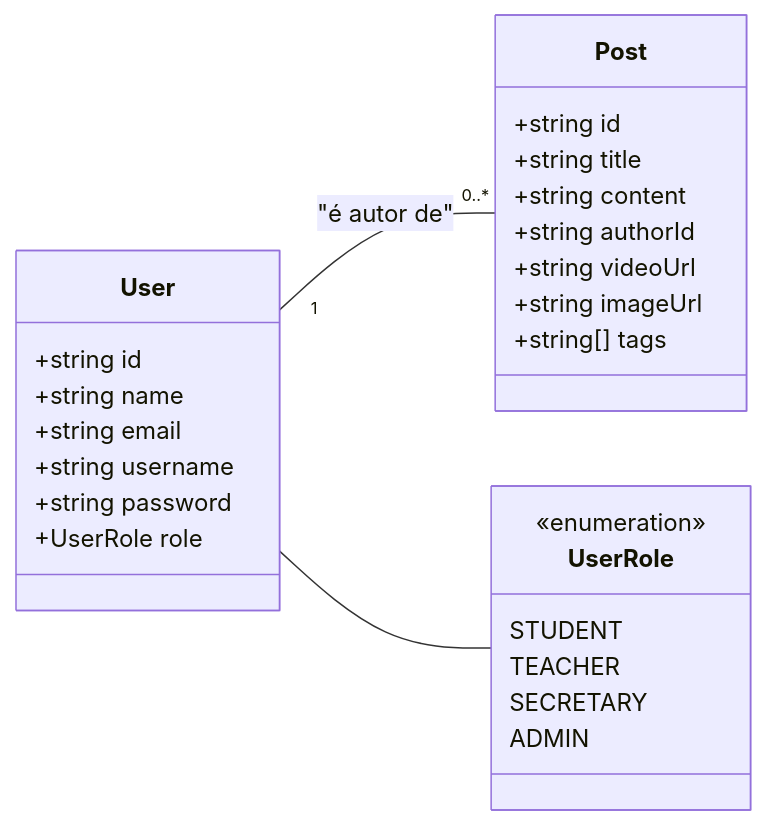
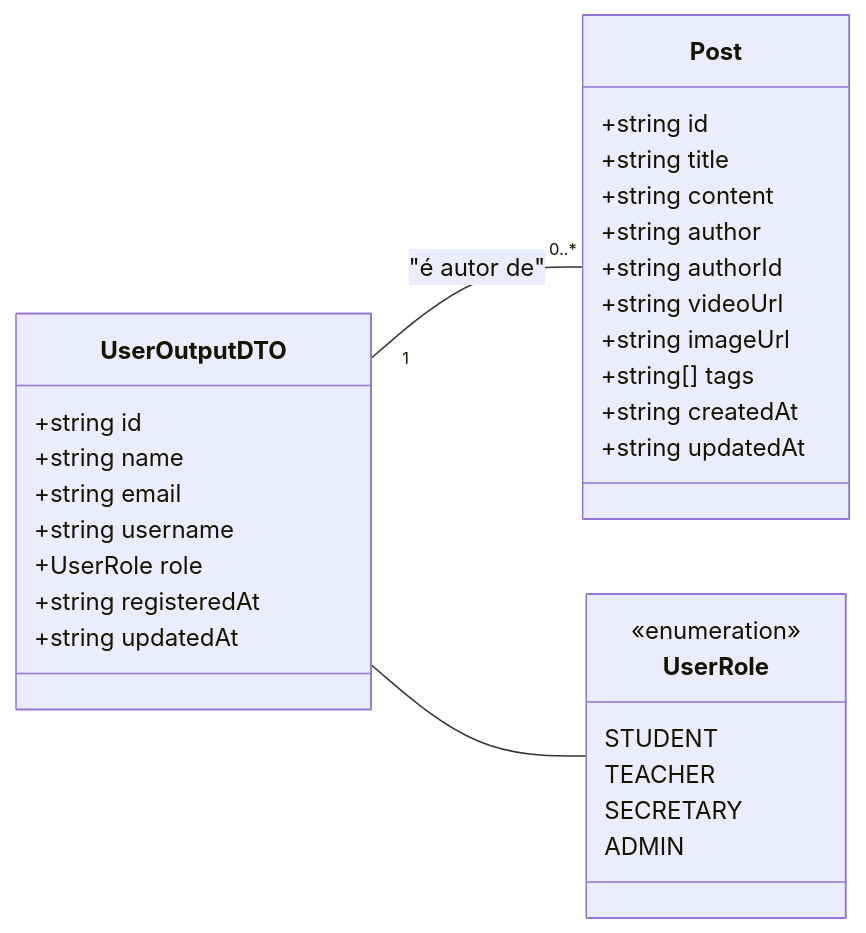
The second of 3 diagrams in docs/ARQUITETURA_E_DESAFIO.md (RafaelVsc/ponto-de-aula-web), drawn with Mermaid before and after one commit. The commit also changed other lines of this file, not shown here.

````diff
--- a/docs/ARQUITETURA_E_DESAFIO.md
+++ b/docs/ARQUITETURA_E_DESAFIO.md
@@ -26,34 +43,38 @@
 ```mermaid
 classDiagram
     direction LR
 
-    class User {
+    class UserOutputDTO {
         +string id
         +string name
         +string email
         +string username
-        +string password
         +UserRole role
+        +string registeredAt
+        +string updatedAt
     }
 
     class Post {
         +string id
         +string title
         +string content
+        +string author
         +string authorId
         +string videoUrl
         +string imageUrl
         +string[] tags
+        +string createdAt
+        +string updatedAt
     }
 
     class UserRole {
         <<enumeration>>
         STUDENT
         TEACHER
         SECRETARY
         ADMIN
     }
 
-    User "1" -- "0..*" Post : "é autor de"
-    User -- UserRole
+    UserOutputDTO "1" -- "0..*" Post : "é autor de"
+    UserOutputDTO -- UserRole
 ```
````
